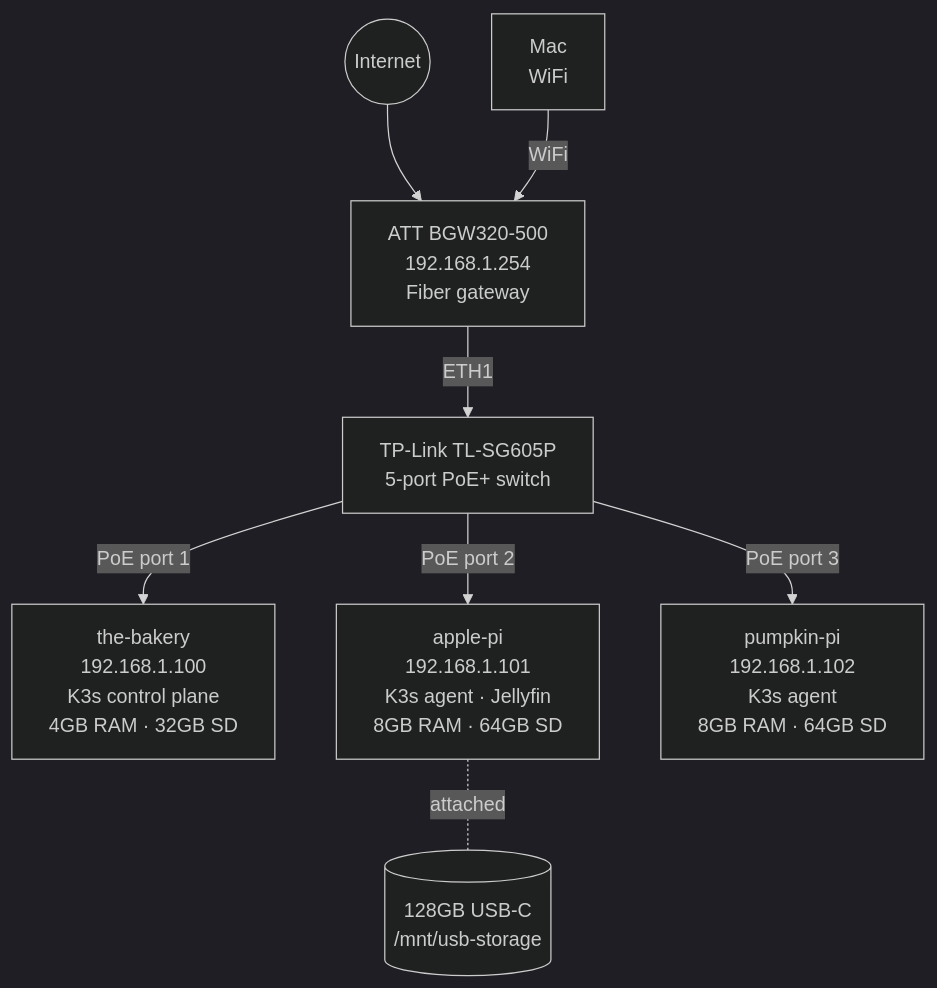
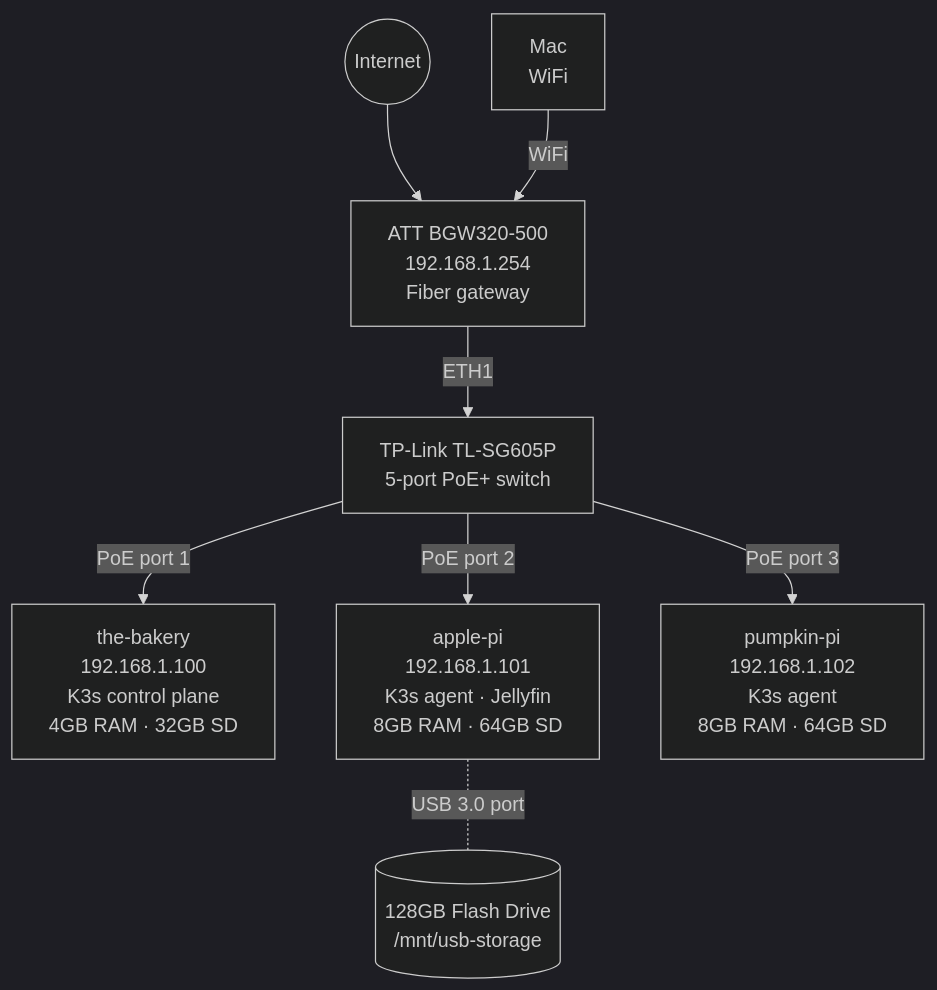
Before and after one commit to kdavis586/pi-k3s-homelab: the diagram in README.md, drawn with Mermaid (dark theme).

Commit message:
Update README.md with accurate storage mapping

````diff
--- a/README.md
+++ b/README.md
@@ -19,19 +19,19 @@
 ```mermaid
 graph TD
     internet((Internet))
     mac[Mac<br/>WiFi]
     att[ATT BGW320-500<br/>192.168.1.254<br/>Fiber gateway]
     switch[TP-Link TL-SG605P<br/>5-port PoE+ switch]
     bakery[the-bakery<br/>192.168.1.100<br/>K3s control plane<br/>4GB RAM · 32GB SD]
     apple[apple-pi<br/>192.168.1.101<br/>K3s agent · Jellyfin<br/>8GB RAM · 64GB SD]
     pumpkin[pumpkin-pi<br/>192.168.1.102<br/>K3s agent<br/>8GB RAM · 64GB SD]
-    usb[(128GB USB-C<br/>/mnt/usb-storage)]
+    usb[(128GB Flash Drive<br/>/mnt/usb-storage)]
 
     internet --> att
     mac -->|WiFi| att
     att -->|ETH1| switch
     switch -->|PoE port 1| bakery
     switch -->|PoE port 2| apple
     switch -->|PoE port 3| pumpkin
-    apple -.-|attached| usb
+    apple -.-|USB 3.0 port| usb
 ```
````
